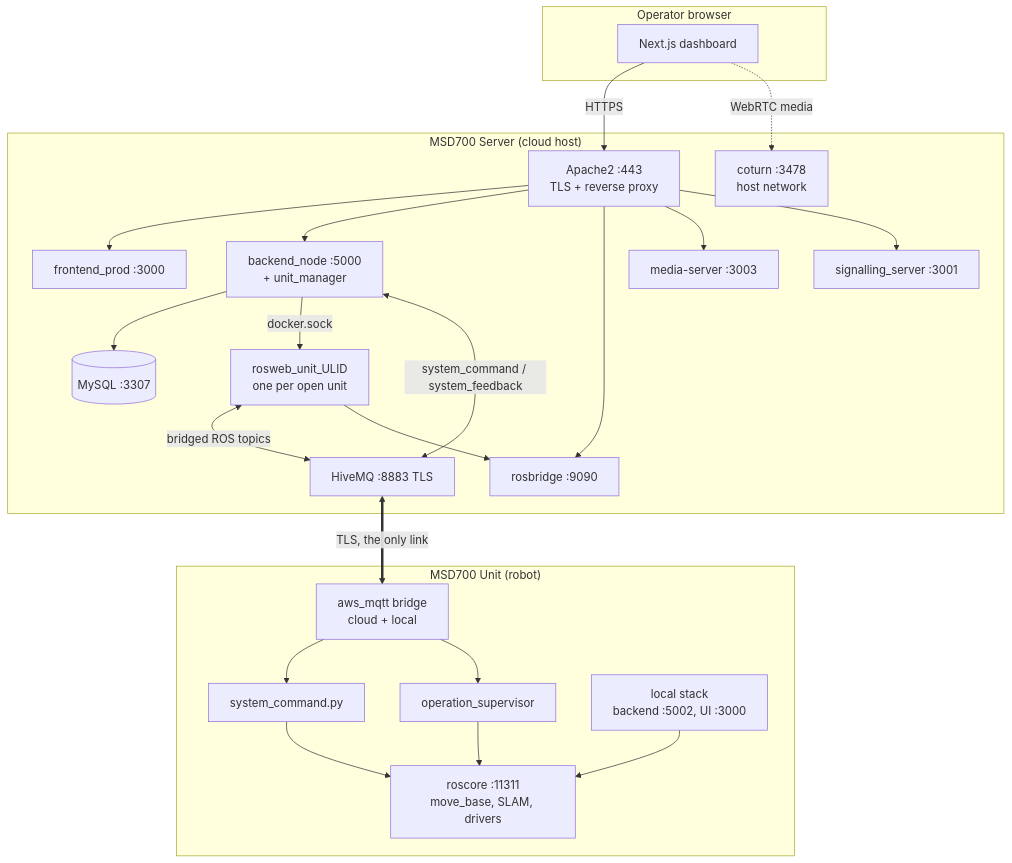
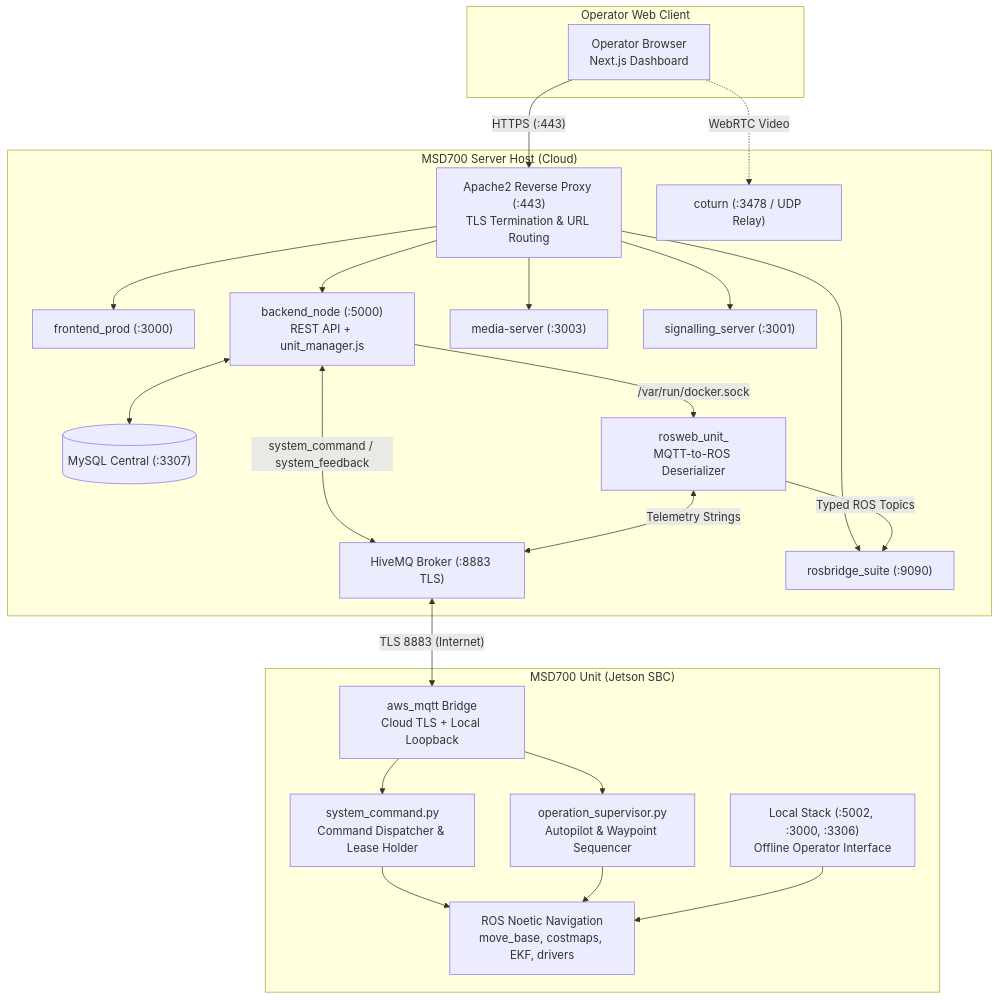
One commit to itbdelaboprogramming/msd700_documentation changed the second of 8 diagrams in docs/development/architecture.md. Above: the diagram before and after it, drawn with Mermaid. The commit also changed other lines of this file and 16 other files, not shown here.

Commit message:
docs: overhaul documentation structure and clarify fleet addressing and command schemas

````diff
--- a/docs/development/architecture.md
+++ b/docs/development/architecture.md
@@ -52,46 +77,49 @@
 ```mermaid
 flowchart TB
-  subgraph browser["Operator browser"]
-    UI["Next.js dashboard"]
+  subgraph Client["Operator Web Client"]
+    BROWSER["Operator Browser<br/>Next.js Dashboard"]
   end
 
-  subgraph server["MSD700 Server (cloud host)"]
-    AP["Apache2 :443<br/>TLS + reverse proxy"]
-    FE["frontend_prod :3000"]
-    BE["backend_node :5000<br/>+ unit_manager"]
-    RB["rosbridge :9090"]
-    MED["media-server :3003"]
-    SIG["signalling_server :3001"]
-    DB[("MySQL :3307")]
-    MQ["HiveMQ :8883 TLS"]
-    TURN["coturn :3478<br/>host network"]
-    UC["rosweb_unit_ULID<br/>one per open unit"]
+  subgraph ServerHost["MSD700 Server Host (Cloud)"]
+    APACHE["Apache2 Reverse Proxy (:443)<br/>TLS Termination & URL Routing"]
+    FE_PROD["frontend_prod (:3000)"]
+    BE_PROD["backend_node (:5000)<br/>REST API + unit_manager.js"]
+    DB_PROD[("MySQL Central (:3307)")]
+    HIVEMQ["HiveMQ Broker (:8883 TLS)"]
+    ROSBRIDGE["rosbridge_suite (:9090)"]
+    MEDIA["media-server (:3003)"]
+    SIG["signalling_server (:3001)"]
+    COTURN["coturn (:3478 / UDP Relay)"]
+    UNIT_RELAY["rosweb_unit_<ULID><br/>MQTT-to-ROS Deserializer"]
   end
 
-  subgraph unit["MSD700 Unit (robot)"]
-    BR["aws_mqtt bridge<br/>cloud + local"]
-    SC["system_command.py"]
-    SUP["operation_supervisor"]
-    ROS["roscore :11311<br/>move_base, SLAM, drivers"]
-    LOC["local stack<br/>backend :5002, UI :3000"]
+  subgraph UnitHost["MSD700 Unit (Jetson SBC)"]
+    MQTT_BRIDGE["aws_mqtt Bridge<br/>Cloud TLS + Local Loopback"]
+    SYS_CMD["system_command.py<br/>Command Dispatcher & Lease Holder"]
+    OP_SUP["operation_supervisor.py<br/>Autopilot & Waypoint Sequencer"]
+    ROS_NAV["ROS Noetic Navigation<br/>move_base, costmaps, EKF, drivers"]
+    LOCAL_STACK["Local Stack (:5002, :3000, :3306)<br/>Offline Operator Interface"]
   end
 
-  UI -->|HTTPS| AP
-  AP --> FE
-  AP --> BE
-  AP --> RB
-  AP --> MED
-  AP --> SIG
-  UI -.->|WebRTC media| TURN
-  BE --> DB
-  BE -->|docker.sock| UC
-  BE <-->|"system_command / system_feedback"| MQ
-  UC <-->|"bridged ROS topics"| MQ
-  UC --> RB
-  MQ <==>|"TLS, the only link"| BR
-  BR --> SC
-  BR --> SUP
-  SC --> ROS
-  SUP --> ROS
-  LOC --> ROS
+  BROWSER -->|"HTTPS (:443)"| APACHE
+  APACHE --> FE_PROD
+  APACHE --> BE_PROD
+  APACHE --> ROSBRIDGE
+  APACHE --> MEDIA
+  APACHE --> SIG
+  BROWSER -.->|"WebRTC Video"| COTURN
+
+  BE_PROD <--> DB_PROD
+  BE_PROD -->|"/var/run/docker.sock"| UNIT_RELAY
+  BE_PROD <-->|"system_command / system_feedback"| HIVEMQ
+
+  HIVEMQ <-->|"TLS 8883 (Internet)"| MQTT_BRIDGE
+  UNIT_RELAY <-->|"Telemetry Strings"| HIVEMQ
+  UNIT_RELAY -->|"Typed ROS Topics"| ROSBRIDGE
+
+  MQTT_BRIDGE --> SYS_CMD
+  MQTT_BRIDGE --> OP_SUP
+  SYS_CMD --> ROS_NAV
+  OP_SUP --> ROS_NAV
+  LOCAL_STACK --> ROS_NAV
 ```
````
